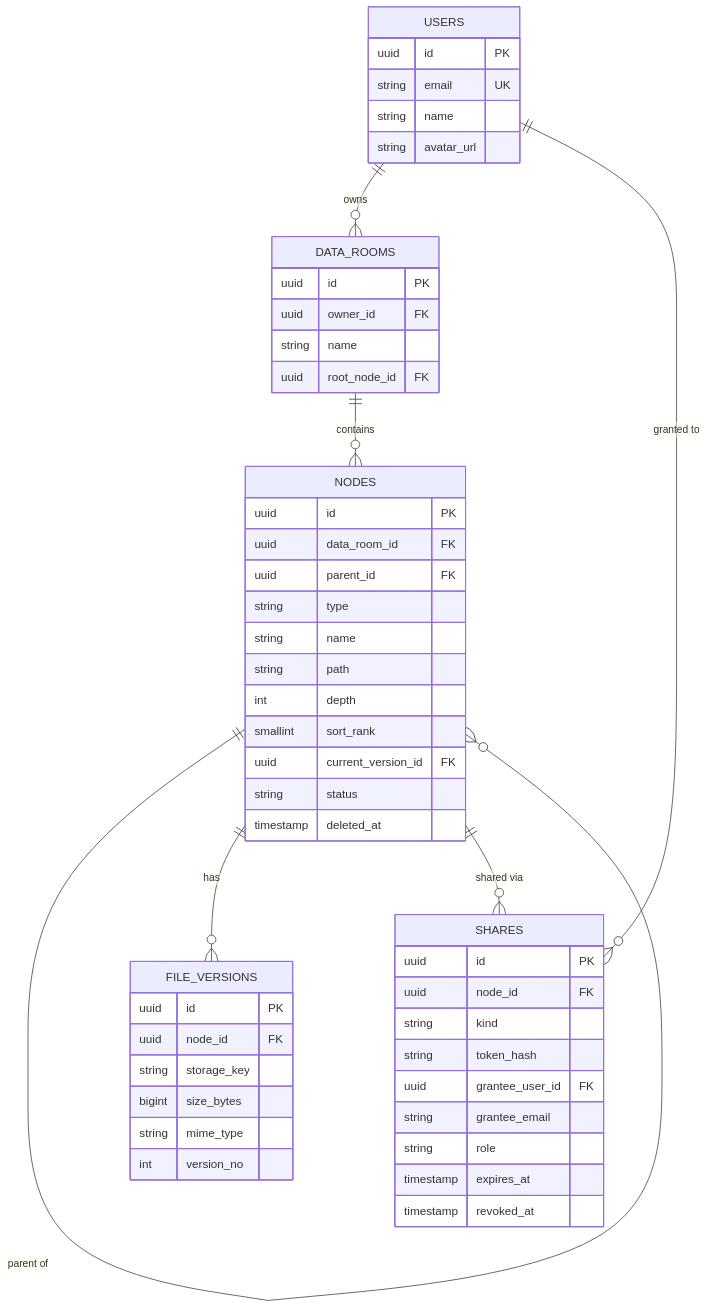
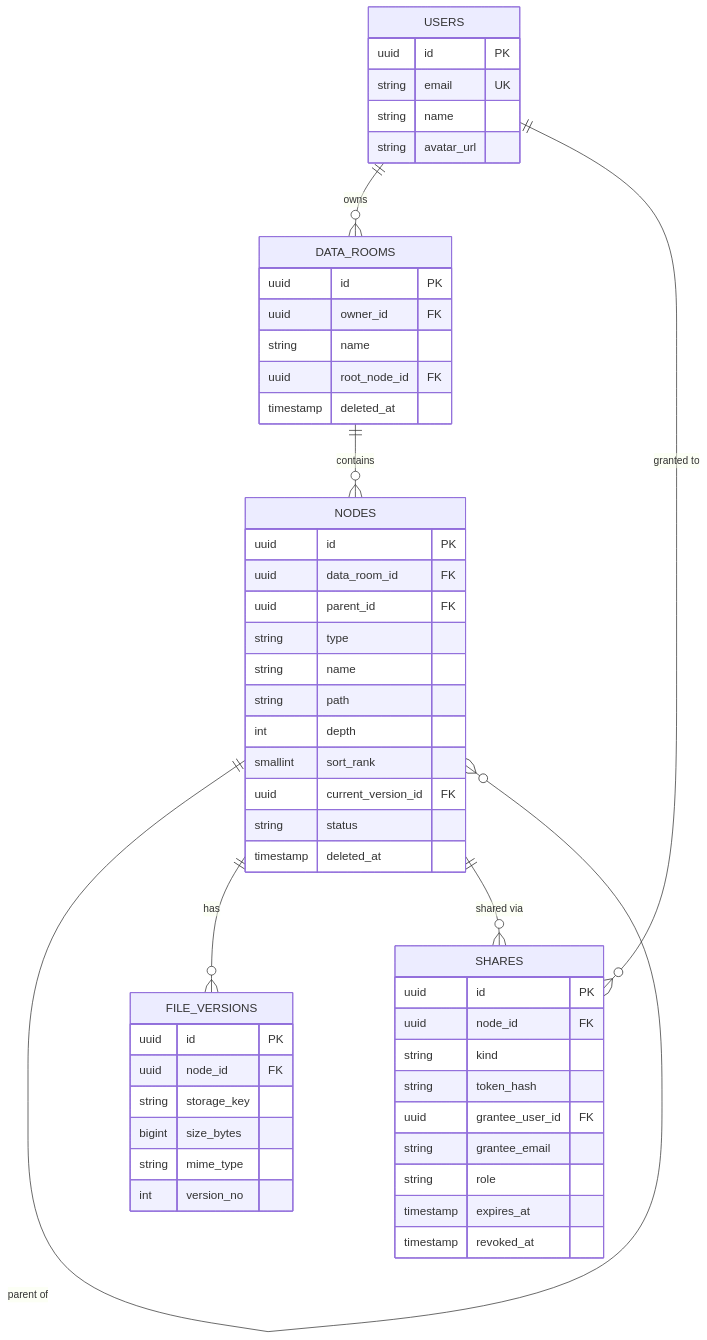
The diagram in README.md (DdoseS1337/dataroom-takehome), drawn with Mermaid before and after one commit. The commit also changed other lines of this file and 36 other files, not shown here.

````diff
--- a/README.md
+++ b/README.md
@@ -143,54 +146,55 @@
 ```mermaid
 erDiagram
   USERS ||--o{ DATA_ROOMS : owns
   DATA_ROOMS ||--o{ NODES : contains
   NODES ||--o{ NODES : "parent of"
   NODES ||--o{ FILE_VERSIONS : "has"
   NODES ||--o{ SHARES : "shared via"
   USERS ||--o{ SHARES : "granted to"
 
   USERS {
     uuid id PK
     string email UK
     string name
     string avatar_url
   }
   DATA_ROOMS {
     uuid id PK
     uuid owner_id FK
     string name
     uuid root_node_id FK
+    timestamp deleted_at
   }
   NODES {
     uuid id PK
     uuid data_room_id FK
     uuid parent_id FK
     string type
     string name
     string path
     int depth
     smallint sort_rank
     uuid current_version_id FK
     string status
     timestamp deleted_at
   }
   FILE_VERSIONS {
     uuid id PK
     uuid node_id FK
     string storage_key
     bigint size_bytes
     string mime_type
     int version_no
   }
   SHARES {
     uuid id PK
     uuid node_id FK
     string kind
     string token_hash
     uuid grantee_user_id FK
     string grantee_email
     string role
     timestamp expires_at
     timestamp revoked_at
   }
 ```
````
